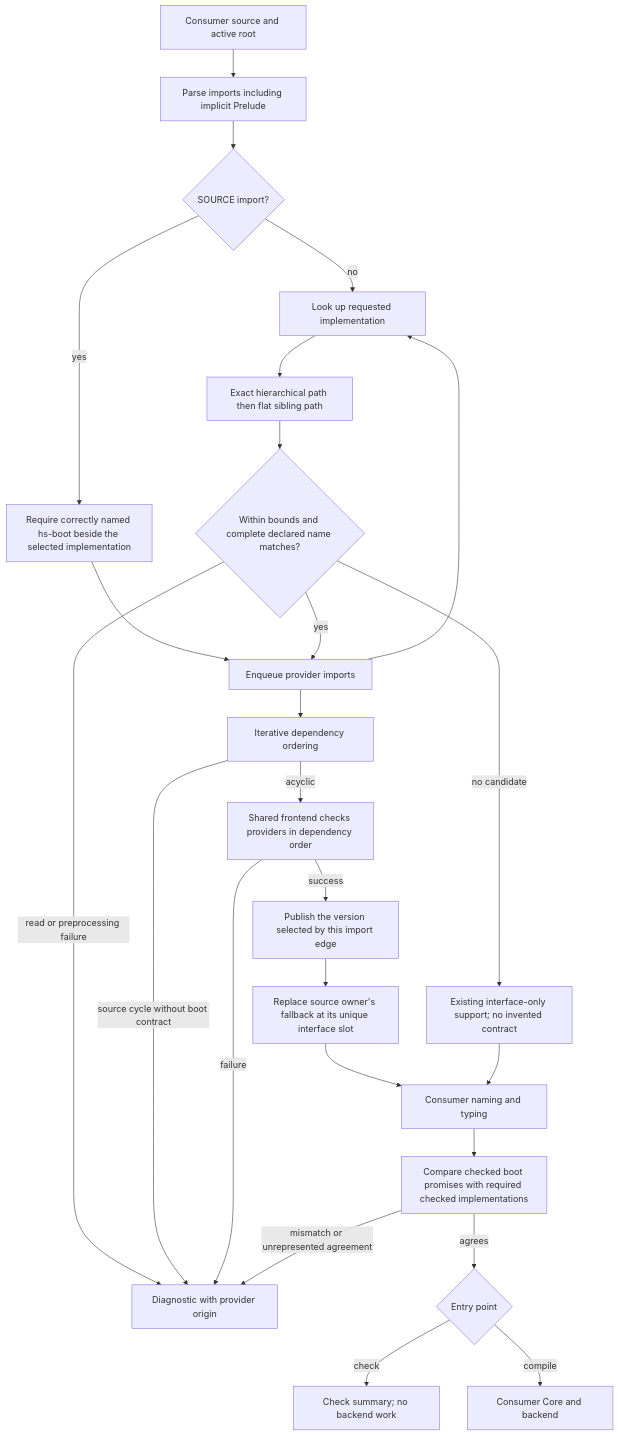
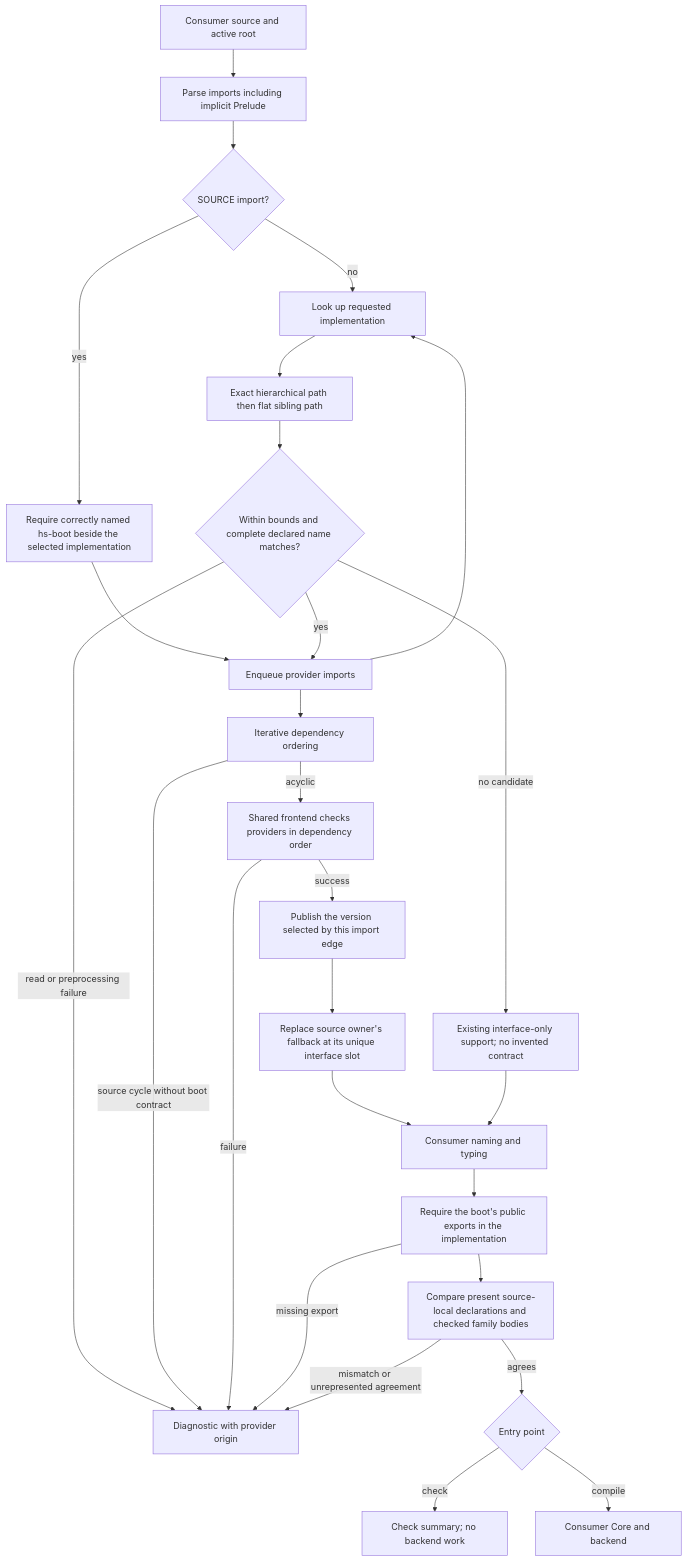
Before and after one commit to loveJesus/haskelujah-chirho: the diagram in spec-chirho/workflows-chirho/compiler-pipeline-chirho/module-search-authority-chirho.md, drawn with Mermaid. The commit also changed other lines of this file and 37 other files, not shown here.

First line of the commit message:
Represent closed boot families and private declaration availability Chirho

````diff
--- a/spec-chirho/workflows-chirho/compiler-pipeline-chirho/module-search-authority-chirho.md
+++ b/spec-chirho/workflows-chirho/compiler-pipeline-chirho/module-search-authority-chirho.md
@@ -6,27 +6,29 @@
 ```mermaid
 flowchart TD
     source_chirho[Consumer source and active root] --> imports_chirho[Parse imports including implicit Prelude]
     imports_chirho --> form_chirho{SOURCE import?}
     form_chirho -- no --> lookup_chirho[Look up requested implementation]
     form_chirho -- yes --> boot_chirho[Require correctly named hs-boot beside the selected implementation]
     boot_chirho --> closure_chirho
     lookup_chirho --> rank_chirho[Exact hierarchical path then flat sibling path]
     rank_chirho --> admissible_chirho{Within bounds and complete declared name matches?}
     admissible_chirho -- no candidate --> interface_chirho[Existing interface-only support; no invented contract]
     admissible_chirho -- read or preprocessing failure --> fail_chirho[Diagnostic with provider origin]
     admissible_chirho -- yes --> closure_chirho[Enqueue provider imports]
     closure_chirho --> lookup_chirho
     closure_chirho --> order_chirho[Iterative dependency ordering]
     order_chirho -- source cycle without boot contract --> fail_chirho
     order_chirho -- acyclic --> check_chirho[Shared frontend checks providers in dependency order]
     check_chirho -- failure --> fail_chirho
     check_chirho -- success --> companion_chirho[Publish the version selected by this import edge]
     companion_chirho --> unique_chirho[Replace source owner's fallback at its unique interface slot]
     unique_chirho --> frontend_chirho[Consumer naming and typing]
     interface_chirho --> frontend_chirho
-    frontend_chirho --> agreement_chirho[Compare checked boot promises with required checked implementations]
+    frontend_chirho --> availability_chirho[Require the boot's public exports in the implementation]
+    availability_chirho -- missing export --> fail_chirho
+    availability_chirho --> agreement_chirho[Compare present source-local declarations and checked family bodies]
     agreement_chirho -- mismatch or unrepresented agreement --> fail_chirho
     agreement_chirho -- agrees --> mode_chirho{Entry point}
     mode_chirho -- check --> summary_chirho[Check summary; no backend work]
     mode_chirho -- compile --> backend_chirho[Consumer Core and backend]
 ```
````
